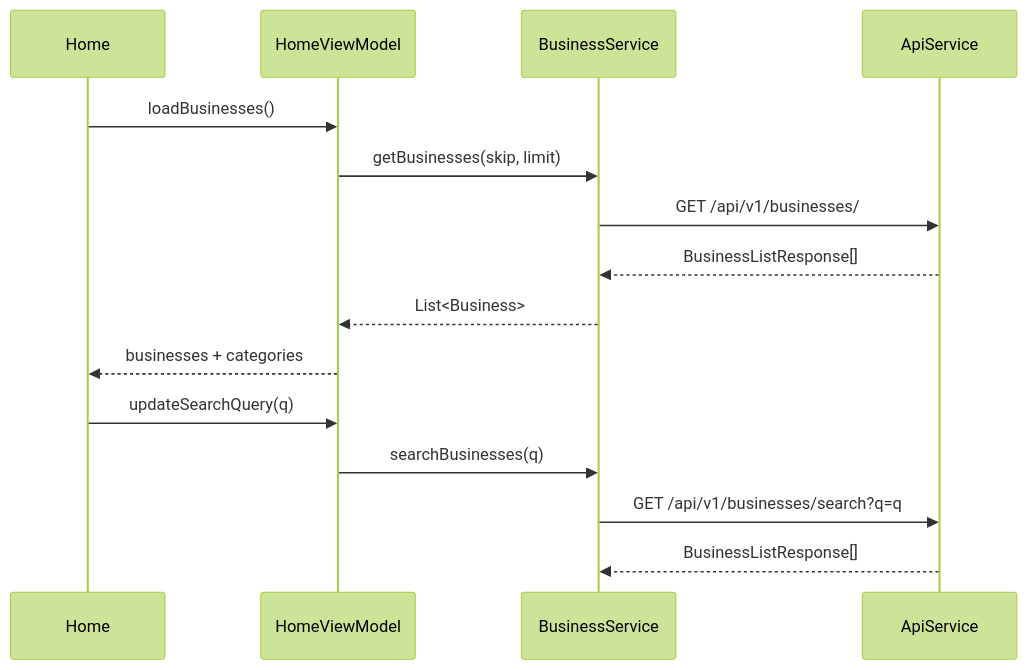
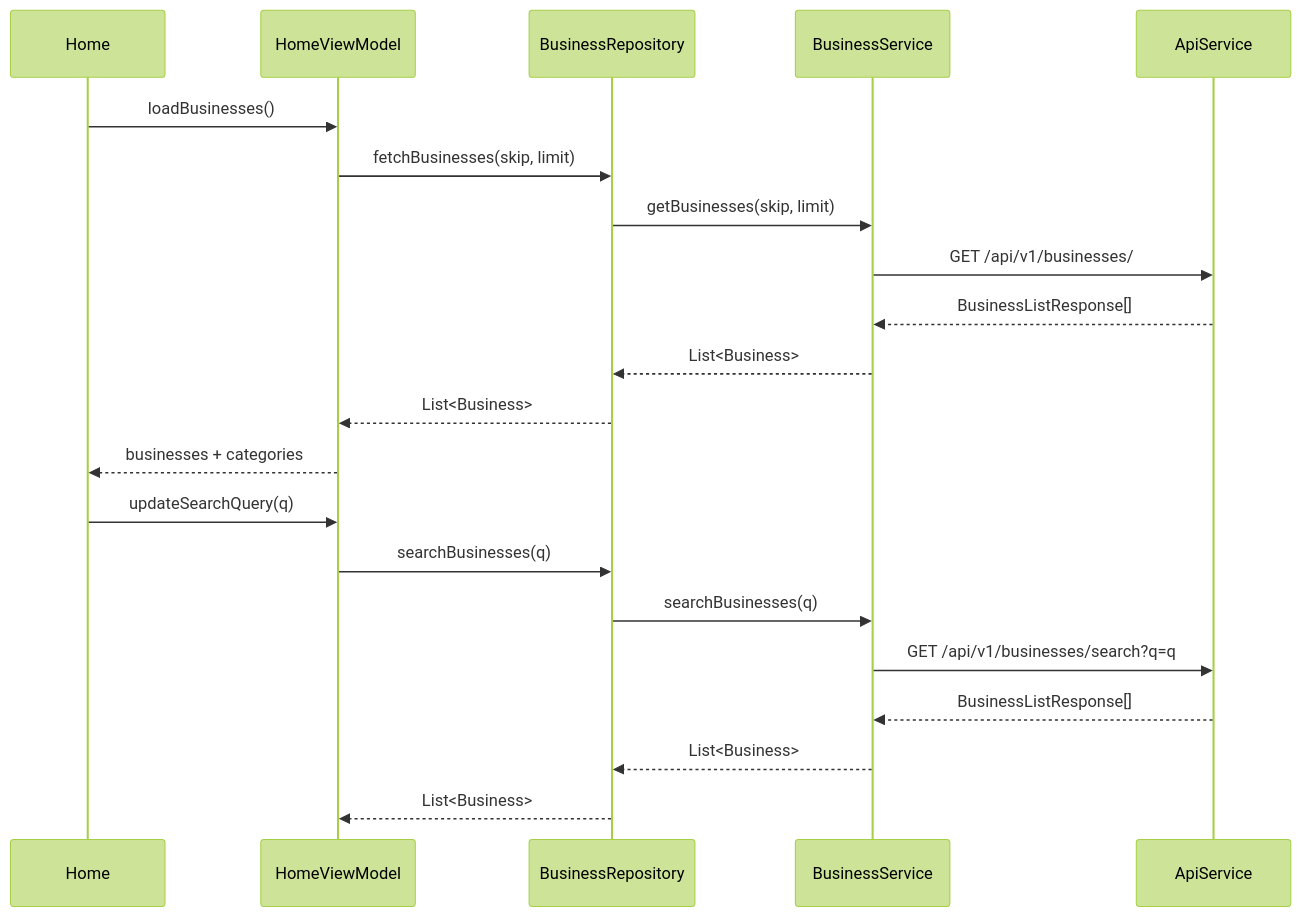
One commit to RuedaUABC/CimaReviews changed the third of 5 diagrams in UML.md. Above: the diagram before and after it, drawn with Mermaid (forest theme). The commit also changed other lines of this file and 20 other files, not shown here.

First line of the commit message:
Refactor CimaReviews architecture to MVVM pattern; update repositories and viewmodels

````diff
--- a/UML.md
+++ b/UML.md
@@ -489,19 +527,25 @@
 ```mermaid
 sequenceDiagram
     participant Home
     participant HomeVM as HomeViewModel
+    participant BusinessRepo as BusinessRepository
     participant BusinessSvc as BusinessService
     participant Api as ApiService
 
     Home->>HomeVM: loadBusinesses()
-    HomeVM->>BusinessSvc: getBusinesses(skip, limit)
+    HomeVM->>BusinessRepo: fetchBusinesses(skip, limit)
+    BusinessRepo->>BusinessSvc: getBusinesses(skip, limit)
     BusinessSvc->>Api: GET /api/v1/businesses/
     Api-->>BusinessSvc: BusinessListResponse[]
-    BusinessSvc-->>HomeVM: List<Business>
+    BusinessSvc-->>BusinessRepo: List<Business>
+    BusinessRepo-->>HomeVM: List<Business>
     HomeVM-->>Home: businesses + categories
 
     Home->>HomeVM: updateSearchQuery(q)
-    HomeVM->>BusinessSvc: searchBusinesses(q)
+    HomeVM->>BusinessRepo: searchBusinesses(q)
+    BusinessRepo->>BusinessSvc: searchBusinesses(q)
     BusinessSvc->>Api: GET /api/v1/businesses/search?q=q
     Api-->>BusinessSvc: BusinessListResponse[]
+    BusinessSvc-->>BusinessRepo: List<Business>
+    BusinessRepo-->>HomeVM: List<Business>
 ```
````
